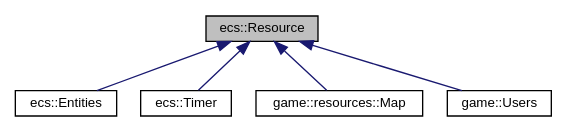
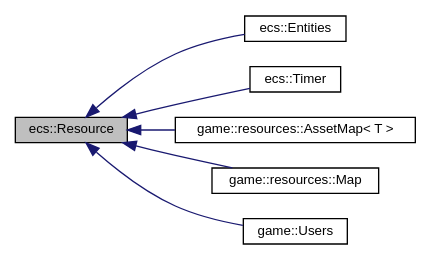
The diagram in classecs_1_1_resource__inherit__graph.dot (MisterPeModder/Bomberman-Global-Offensive), drawn with Graphviz before and after one commit. The commit also changed 319 other files, not shown here.

```diff
--- a/classecs_1_1_resource__inherit__graph.dot
+++ b/classecs_1_1_resource__inherit__graph.dot
@@ -1,15 +1,18 @@
 digraph "ecs::Resource"
 {
  // LATEX_PDF_SIZE
   edge [fontname="Helvetica",fontsize="10",labelfontname="Helvetica",labelfontsize="10"];
   node [fontname="Helvetica",fontsize="10",shape=record];
+  rankdir="LR";
   Node1 [label="ecs::Resource",height=0.2,width=0.4,color="black", fillcolor="grey75", style="filled", fontcolor="black",tooltip=" "];
   Node1 -> Node2 [dir="back",color="midnightblue",fontsize="10",style="solid",fontname="Helvetica"];
   Node2 [label="ecs::Entities",height=0.2,width=0.4,color="black", fillcolor="white", style="filled",URL="$classecs_1_1_entities.html",tooltip="The entities world resource."];
   Node1 -> Node3 [dir="back",color="midnightblue",fontsize="10",style="solid",fontname="Helvetica"];
   Node3 [label="ecs::Timer",height=0.2,width=0.4,color="black", fillcolor="white", style="filled",URL="$classecs_1_1_timer.html",tooltip="Simple timer resource."];
   Node1 -> Node4 [dir="back",color="midnightblue",fontsize="10",style="solid",fontname="Helvetica"];
-  Node4 [label="game::resources::Map",height=0.2,width=0.4,color="black", fillcolor="white", style="filled",URL="$structgame_1_1resources_1_1_map.html",tooltip="Game map resource."];
+  Node4 [label="game::resources::AssetMap\< T \>",height=0.2,width=0.4,color="black", fillcolor="white", style="filled",URL="$classgame_1_1resources_1_1_asset_map.html",tooltip="Map used to store assets (fonts, textures...) with strings as keys."];
   Node1 -> Node5 [dir="back",color="midnightblue",fontsize="10",style="solid",fontname="Helvetica"];
-  Node5 [label="game::Users",height=0.2,width=0.4,color="black", fillcolor="white", style="filled",URL="$classgame_1_1_users.html",tooltip="Resource allowing to get users actions using the keybinds."];
+  Node5 [label="game::resources::Map",height=0.2,width=0.4,color="black", fillcolor="white", style="filled",URL="$structgame_1_1resources_1_1_map.html",tooltip="Game map resource."];
+  Node1 -> Node6 [dir="back",color="midnightblue",fontsize="10",style="solid",fontname="Helvetica"];
+  Node6 [label="game::Users",height=0.2,width=0.4,color="black", fillcolor="white", style="filled",URL="$classgame_1_1_users.html",tooltip="Resource allowing to get users actions using the keybinds."];
 }
```
